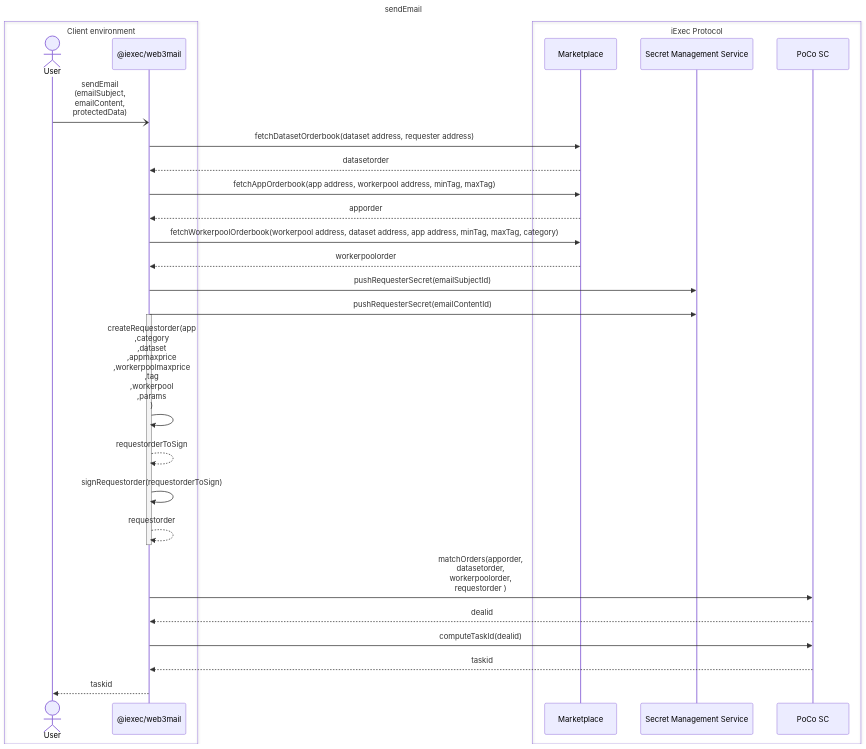
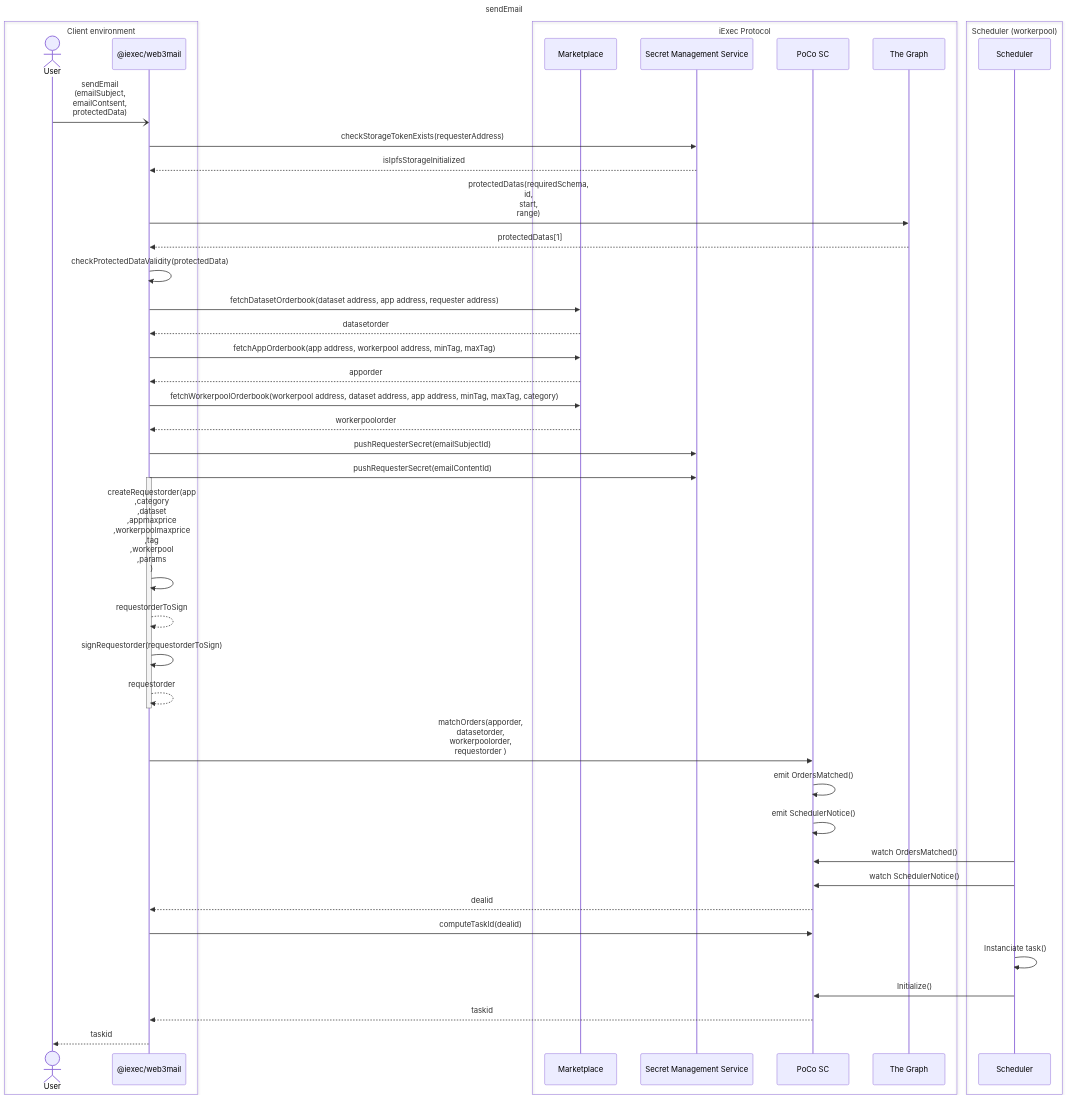
The diagram in technical-design/uml/sequence-sendEmail.md (iExecBlockchainComputing/web3mail-sdk), drawn with Mermaid before and after one commit. The commit also changed other lines of this file and 3 other files, not shown here.

```diff
--- a/technical-design/uml/sequence-sendEmail.md
+++ b/technical-design/uml/sequence-sendEmail.md
@@ -13,11 +13,27 @@
         participant Market as Marketplace 
         participant SMS as Secret Management Service
         participant POCO as PoCo SC
+        participant Graph as The Graph
     end
 
-    User -) SDK: sendEmail<br>(emailSubject,<br>emailContent,<br> protectedData)
+    box Scheduler (workerpool)
+        participant Scheduler as Scheduler
+    end
 
-    SDK ->> Market: fetchDatasetOrderbook(dataset address, requester address)
+    User -) SDK: sendEmail<br>(emailSubject,<br>emailContsent,<br> protectedData)
+
+    SDK ->> SMS:  checkStorageTokenExists(requesterAddress)
+
+    SMS -->> SDK : isIpfsStorageInitialized
+
+    SDK ->> Graph: protectedDatas(requiredSchema,<br>id,<br>start,<br>range)
+
+    Graph -->> SDK: protectedDatas[1]
+
+    SDK ->> SDK: checkProtectedDataValidity(protectedData)
+
+
+    SDK ->> Market: fetchDatasetOrderbook(dataset address, app address, requester address)
 
     Market -->> SDK : datasetorder
 
@@ -47,9 +63,22 @@
 
     SDK ->> POCO: matchOrders(apporder,<br>datasetorder,<br>workerpoolorder,<br>requestorder )
 
+    POCO ->> POCO : emit OrdersMatched() 
+
+    POCO ->> POCO : emit SchedulerNotice() 
+
+    Scheduler ->> POCO : watch OrdersMatched()
+
+    Scheduler ->> POCO : watch SchedulerNotice()
+
     POCO -->> SDK : dealid
 
+
     SDK ->> POCO: computeTaskId(dealid)
+
+Scheduler ->> Scheduler : Instanciate task()
+
+Scheduler ->> POCO : Initialize()
 
     POCO -->> SDK : taskid
 
```
